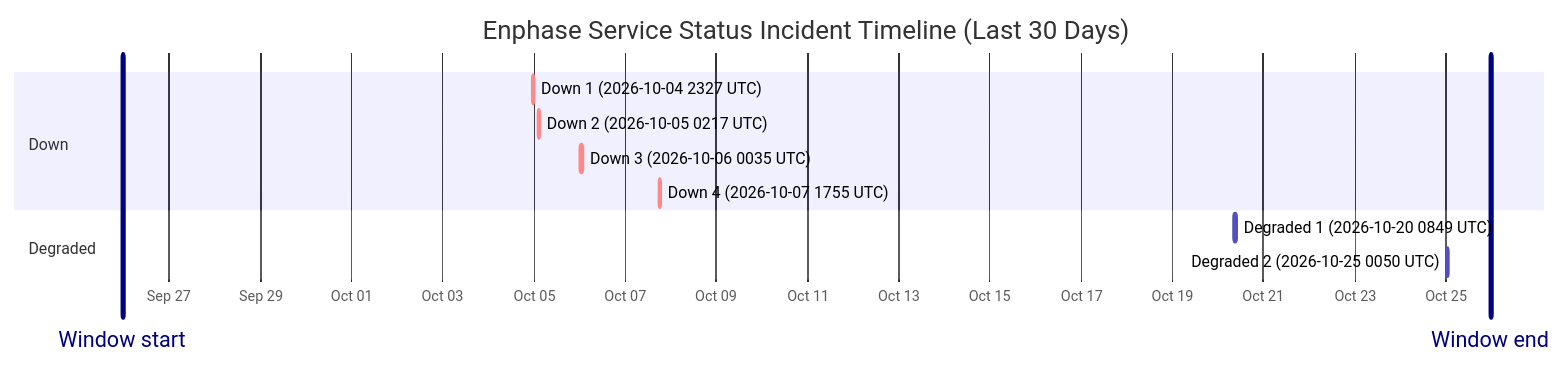
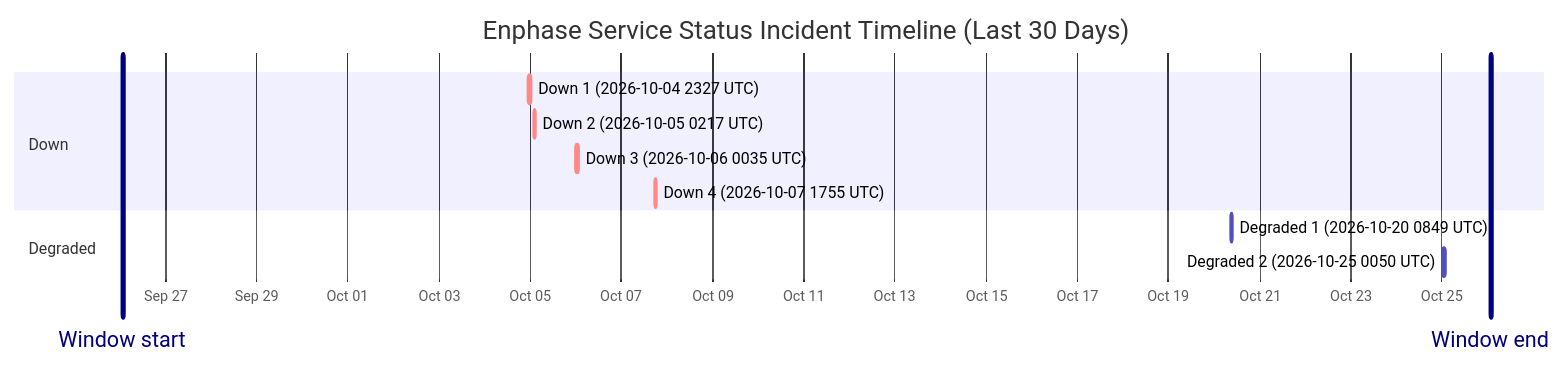
One commit to barneyonline/ha-enphase-energy changed the diagram in wiki/Service-Status-History.md. Above: the diagram before and after it, drawn with Mermaid. The commit also changed other lines of this file and 3 other files, not shown here.

````diff
--- a/wiki/Service-Status-History.md
+++ b/wiki/Service-Status-History.md
@@ -14,16 +14,16 @@
 ```mermaid
 gantt
     title Enphase Service Status Incident Timeline (Last 30 Days)
     dateFormat  YYYY-MM-DDTHH:mm:ss
     axisFormat  %b %d
-    Window start :vert, window-start, 2026-09-25T23:26:24, 0ms
-    Window end :vert, window-end, 2026-10-25T23:26:24, 0ms
+    Window start :vert, window-start, 2026-09-26T01:29:44, 0ms
+    Window end :vert, window-end, 2026-10-26T01:29:44, 0ms
     section Down
     Down 1 (2026-10-04 2327 UTC) :crit, down-1, 2026-10-04T23:27:34, 60m
     Down 2 (2026-10-05 0217 UTC) :crit, down-2, 2026-10-05T02:17:30, 60m
     Down 3 (2026-10-06 0035 UTC) :crit, down-3, 2026-10-06T00:35:21, 60m
     Down 4 (2026-10-07 1755 UTC) :crit, down-4, 2026-10-07T17:55:16, 60m
     section Degraded
     Degraded 1 (2026-10-20 0849 UTC) :active, degraded-1, 2026-10-20T08:49:49, 60m
     Degraded 2 (2026-10-25 0050 UTC) :active, degraded-2, 2026-10-25T00:50:01, 60m
 ```
````
